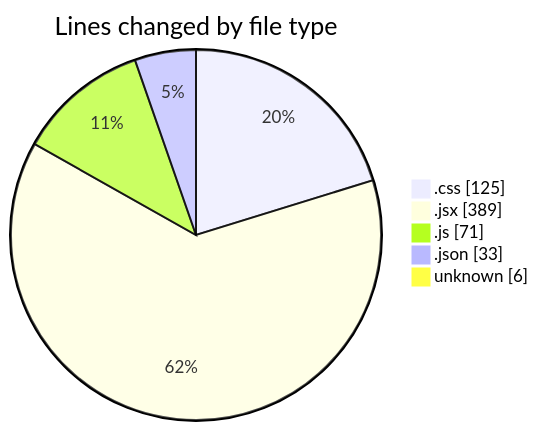
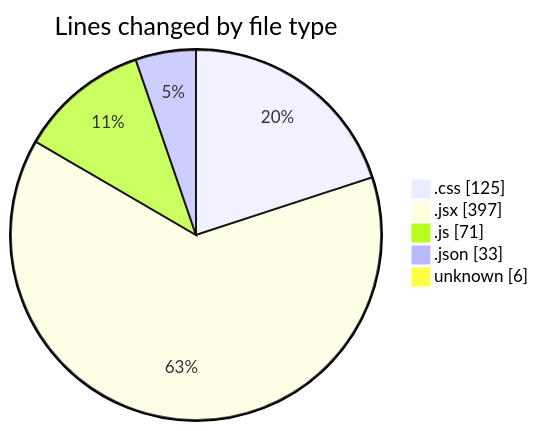
Before and after one commit to Elitesun/code-tracking: the first of 2 diagrams in 2025-02-14/elitegpt/README.md, drawn with Mermaid. The commit also changed other lines of this file and 1 other file, not shown here.

````diff
--- a/2025-02-14/elitegpt/README.md
+++ b/2025-02-14/elitegpt/README.md
@@ -32,9 +32,9 @@
 ```mermaid
 pie showData
 title Lines changed by file type
 ".css" : 125
-".jsx" : 389
+".jsx" : 397
 ".js" : 71
 ".json" : 33
 "unknown" : 6
 ```
````
